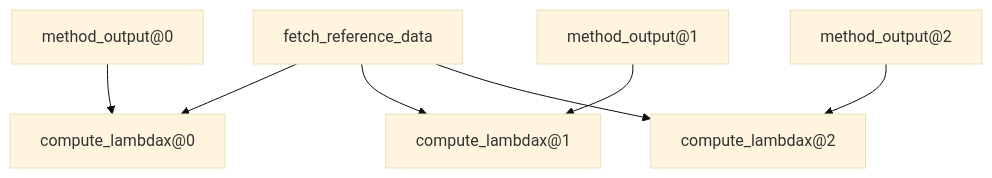
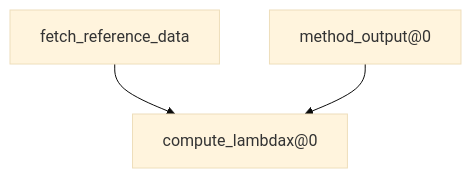
One commit to quentinf00/my_ocb changed the diagram in datachallenges/dc_ose_2021/README.md. Above: the diagram before and after it, drawn with Mermaid (base theme). The commit also changed other lines of this file and 3 other files, not shown here.

````diff
--- a/datachallenges/dc_ose_2021/README.md
+++ b/datachallenges/dc_ose_2021/README.md
@@ -3,16 +3,8 @@
 ```mermaid
 flowchart TD
 	node1["compute_lambdax@0"]
-	node2["compute_lambdax@1"]
-	node3["compute_lambdax@2"]
 	node4["fetch_reference_data"]
 	node5["method_output@0"]
-	node6["method_output@1"]
-	node7["method_output@2"]
 	node4-->node1
-	node4-->node2
-	node4-->node3
 	node5-->node1
-	node6-->node2
-	node7-->node3
 ```
````
